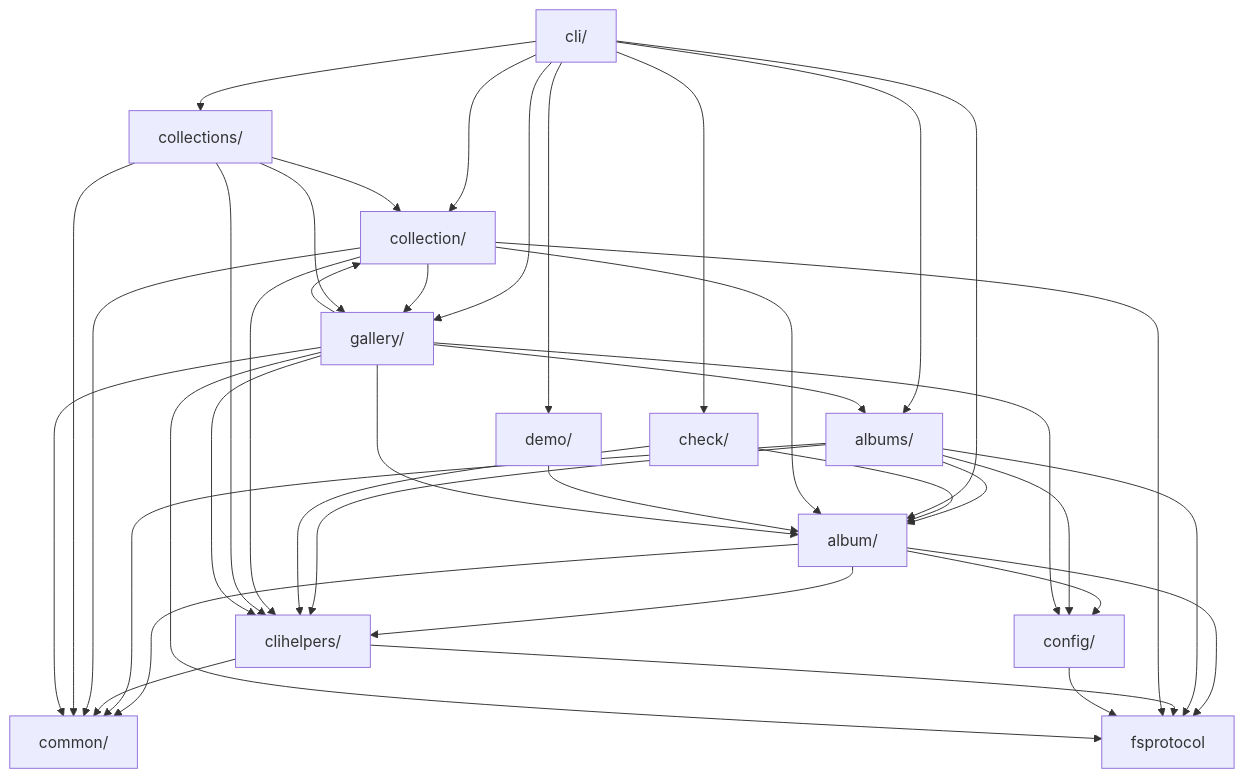
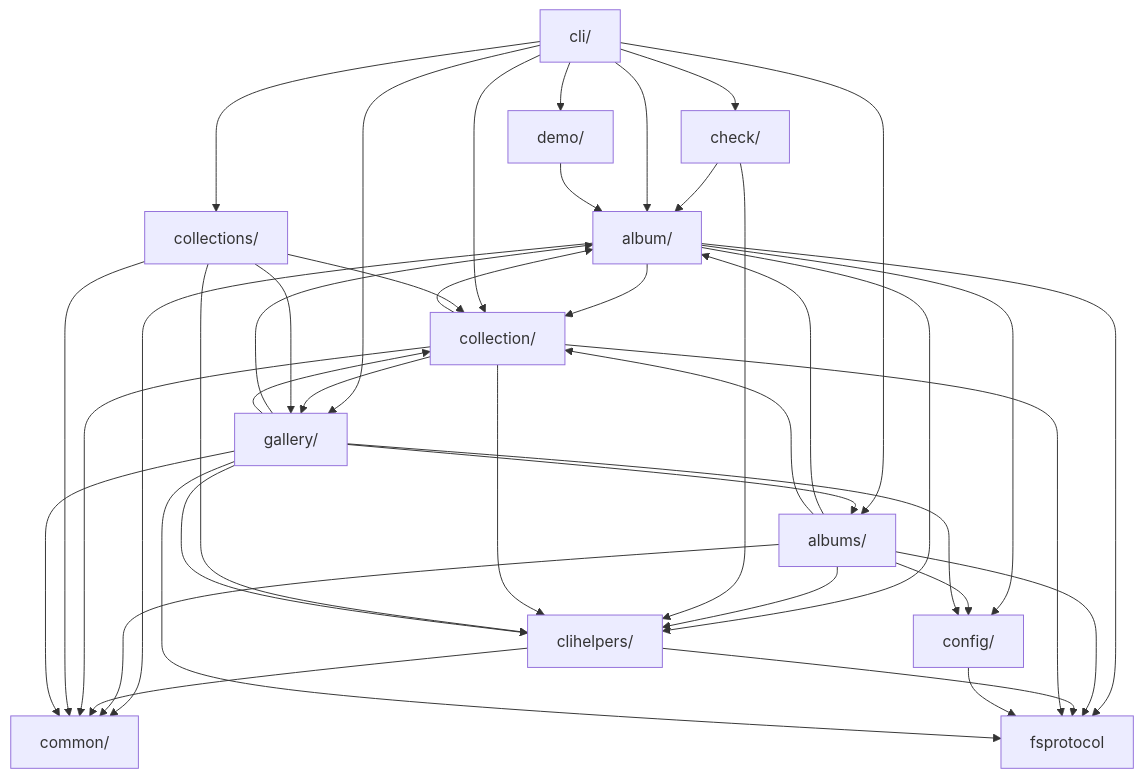
One commit to iglootools/photree changed the diagram in docs/architecture.md. Above: the diagram before and after it, drawn with Mermaid. The commit also changed 7 other files, not shown here.

````diff
--- a/docs/architecture.md
+++ b/docs/architecture.md
@@ -17,54 +17,56 @@
 ```mermaid
 graph TD
     album["album/"]
     albums["albums/"]
     check["check/"]
     cli["cli/"]
     clihelpers["clihelpers/"]
     collection["collection/"]
     collections["collections/"]
     common["common/"]
     config["config/"]
     demo["demo/"]
     fsprotocol["fsprotocol"]
     gallery["gallery/"]
 
     album --> clihelpers
+    album --> collection
     album --> common
     album --> config
     album --> fsprotocol
     albums --> album
     albums --> clihelpers
+    albums --> collection
     albums --> common
     albums --> config
     albums --> fsprotocol
     check --> album
     check --> clihelpers
     cli --> album
     cli --> albums
     cli --> check
     cli --> collection
     cli --> collections
     cli --> demo
     cli --> gallery
     clihelpers --> common
     clihelpers --> fsprotocol
     collection --> album
     collection --> clihelpers
     collection --> common
     collection --> fsprotocol
     collection --> gallery
     collections --> clihelpers
     collections --> collection
     collections --> common
     collections --> gallery
     config --> fsprotocol
     demo --> album
     gallery --> album
     gallery --> albums
     gallery --> clihelpers
     gallery --> collection
     gallery --> common
     gallery --> config
     gallery --> fsprotocol
 ```
````
